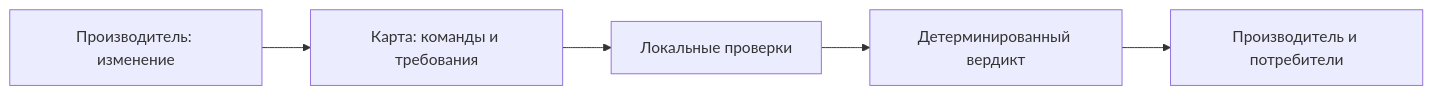
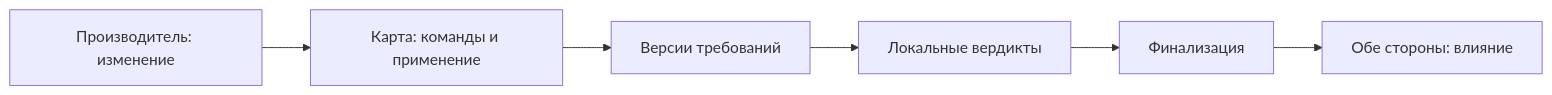
Before and after one commit to rengalaxies/agent: the diagram in docs/dubovitsky-brief-2026-09-27.md, drawn with Mermaid. The commit also changed other lines of this file, not shown here.

````diff
--- a/docs/dubovitsky-brief-2026-09-27.md
+++ b/docs/dubovitsky-brief-2026-09-27.md
@@ -21,7 +27,8 @@
 ```mermaid
 flowchart LR
-  A["Производитель: изменение"] --> B["Карта: команды и требования"]
-  B --> C["Локальные проверки"]
-  C --> D["Детерминированный вердикт"]
-  D --> E["Производитель и потребители"]
+  A["Производитель: изменение"] --> B["Карта: команды и применение"]
+  B --> C["Версии требований"]
+  C --> D["Локальные вердикты"]
+  D --> E["Финализация"]
+  E --> F["Обе стороны: влияние"]
 ```
````
